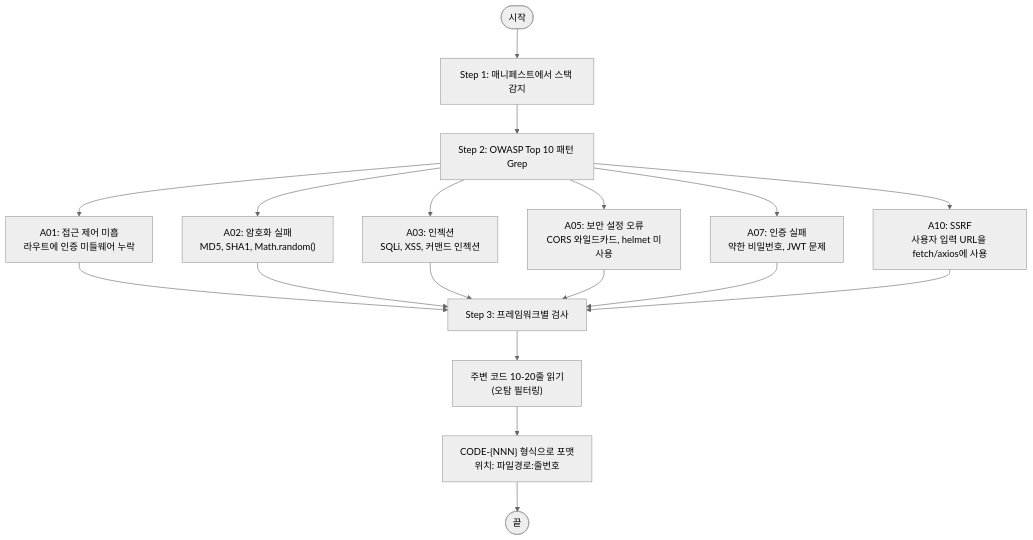
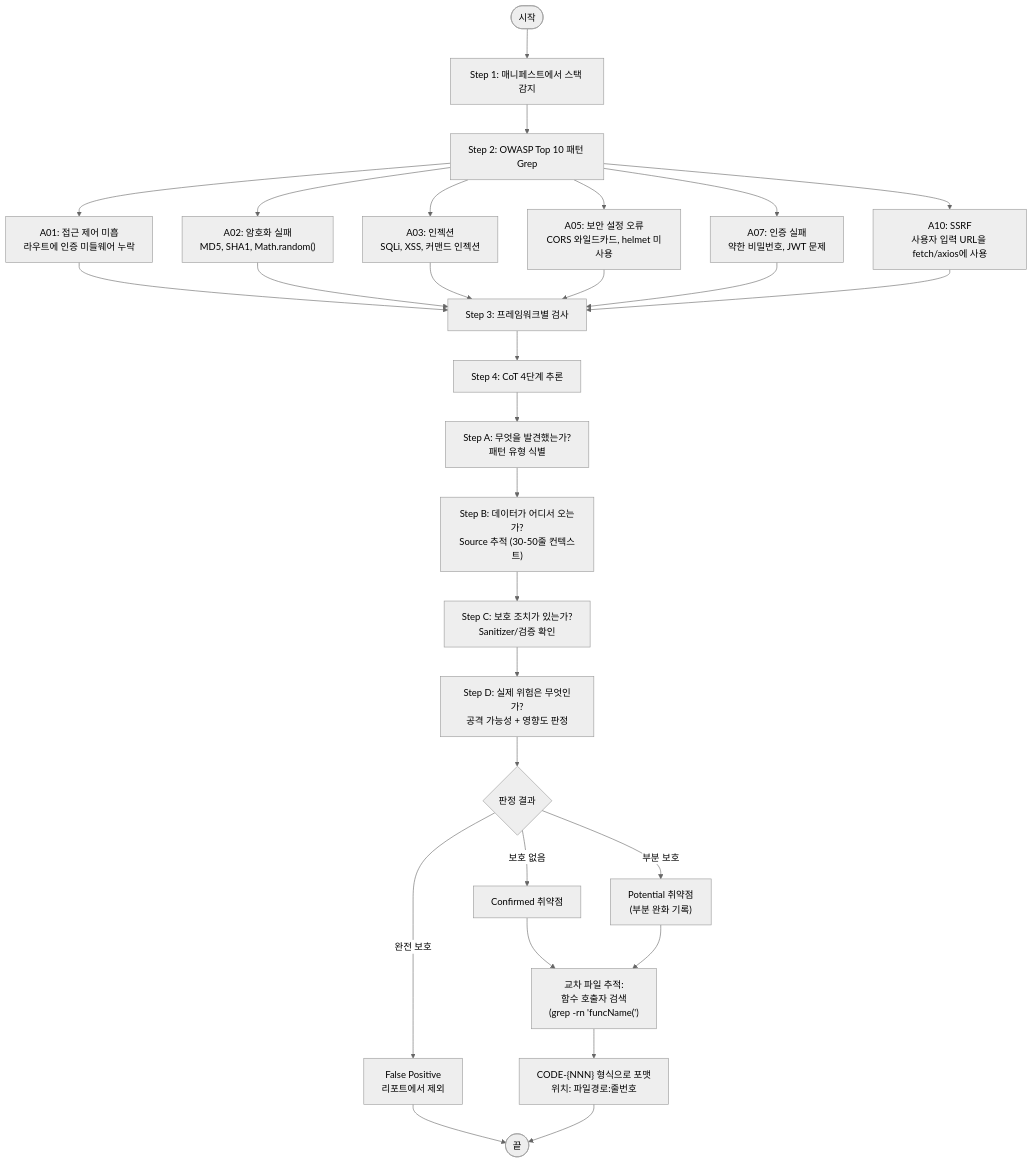
One commit to letsur-dev/vulcheck changed the sixth of 8 diagrams in design/codeinspector.md. Above: the diagram before and after it, drawn with Mermaid (neutral theme). The commit also changed other lines of this file and 14 other files, not shown here.

````diff
--- a/design/codeinspector.md
+++ b/design/codeinspector.md
@@ -343,23 +373,38 @@
 ```mermaid
 flowchart TD
     Start([시작]) --> DetectStack["Step 1: 매니페스트에서 스택 감지"]
     DetectStack --> Scan["Step 2: OWASP Top 10 패턴 Grep"]
 
     Scan --> A01["A01: 접근 제어 미흡<br>라우트에 인증 미들웨어 누락"]
     Scan --> A02["A02: 암호화 실패<br>MD5, SHA1, Math.random()"]
     Scan --> A03["A03: 인젝션<br>SQLi, XSS, 커맨드 인젝션"]
     Scan --> A05["A05: 보안 설정 오류<br>CORS 와일드카드, helmet 미사용"]
     Scan --> A07["A07: 인증 실패<br>약한 비밀번호, JWT 문제"]
     Scan --> A10["A10: SSRF<br>사용자 입력 URL을 fetch/axios에 사용"]
 
     A01 --> FW["Step 3: 프레임워크별 검사"]
     A02 --> FW
     A03 --> FW
     A05 --> FW
     A07 --> FW
     A10 --> FW
 
-    FW --> Context["주변 코드 10-20줄 읽기<br>(오탐 필터링)"]
-    Context --> Format["CODE-{NNN} 형식으로 포맷<br>위치: 파일경로:줄번호"]
-    Format --> End([끝])
+    FW --> CoT["Step 4: CoT 4단계 추론"]
+
+    CoT --> StepA["Step A: 무엇을 발견했는가?<br>패턴 유형 식별"]
+    StepA --> StepB["Step B: 데이터가 어디서 오는가?<br>Source 추적 (30-50줄 컨텍스트)"]
+    StepB --> StepC["Step C: 보호 조치가 있는가?<br>Sanitizer/검증 확인"]
+    StepC --> StepD["Step D: 실제 위험은 무엇인가?<br>공격 가능성 + 영향도 판정"]
+
+    StepD --> CheckSanit{"판정 결과"}
+
+    CheckSanit -->|"보호 없음"| Confirmed["Confirmed 취약점"]
+    CheckSanit -->|"부분 보호"| Potential["Potential 취약점<br>(부분 완화 기록)"]
+    CheckSanit -->|"완전 보호"| FalsePositive["False Positive<br>리포트에서 제외"]
+
+    Confirmed --> CrossFile["교차 파일 추적:<br>함수 호출자 검색<br>(grep -rn 'funcName(')"]
+    Potential --> CrossFile
+    CrossFile --> Format["CODE-{NNN} 형식으로 포맷<br>위치: 파일경로:줄번호"]
+    FalsePositive --> End([끝])
+    Format --> End
 ```
````
